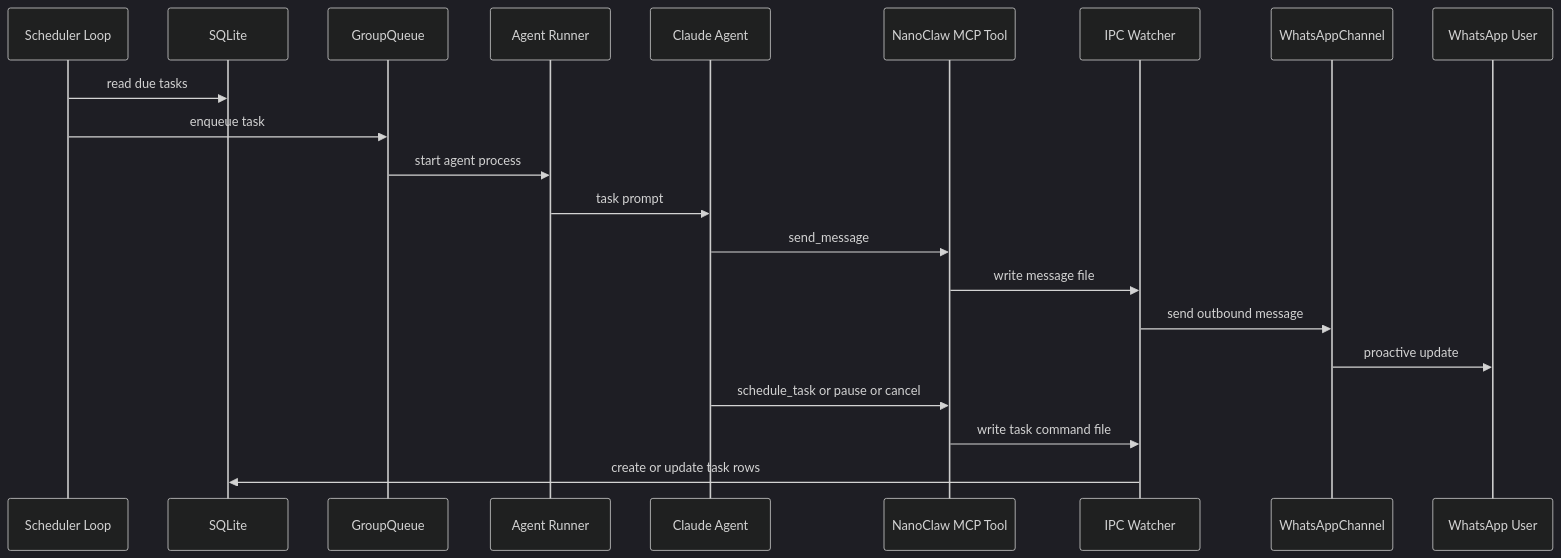
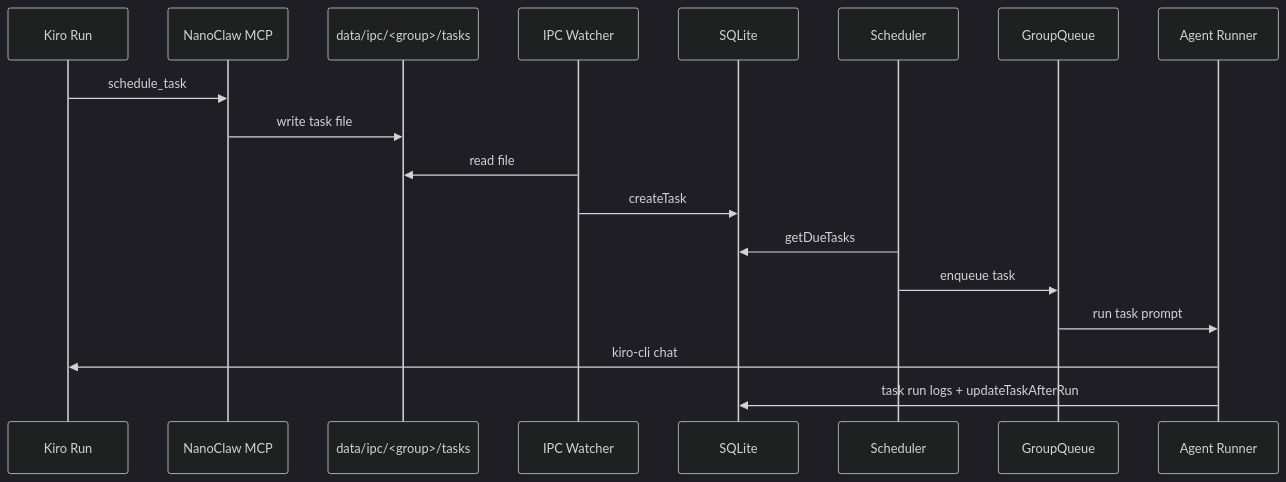
Before and after one commit to girishp1983/nanoclaw: the third of 3 diagrams in analyze_architecture/architecture.md, drawn with Mermaid (dark theme). The commit also changed other lines of this file and 14 other files, not shown here.

````diff
--- a/analyze_architecture/architecture.md
+++ b/analyze_architecture/architecture.md
@@ -166,26 +110,21 @@
 ```mermaid
 sequenceDiagram
-    participant SCH as Scheduler Loop
+    participant K as Kiro Run
+    participant MCP as NanoClaw MCP
+    participant IPC as data/ipc/<group>/tasks
+    participant W as IPC Watcher
     participant DB as SQLite
-    participant Queue as GroupQueue
-    participant Runner as Agent Runner
-    participant Agent as Claude Agent
-    participant MCP as NanoClaw MCP Tool
-    participant IPC as IPC Watcher
-    participant WA as WhatsAppChannel
-    participant User as WhatsApp User
+    participant S as Scheduler
+    participant Q as GroupQueue
+    participant R as Agent Runner
 
-    SCH->>DB: read due tasks
-    SCH->>Queue: enqueue task
-    Queue->>Runner: start agent process
-    Runner->>Agent: task prompt
-
-    Agent->>MCP: send_message
-    MCP->>IPC: write message file
-    IPC->>WA: send outbound message
-    WA->>User: proactive update
-
-    Agent->>MCP: schedule_task or pause or cancel
-    MCP->>IPC: write task command file
-    IPC->>DB: create or update task rows
+    K->>MCP: schedule_task
+    MCP->>IPC: write task file
+    W->>IPC: read file
+    W->>DB: createTask
+    S->>DB: getDueTasks
+    S->>Q: enqueue task
+    Q->>R: run task prompt
+    R->>K: kiro-cli chat
+    R->>DB: task run logs + updateTaskAfterRun
 ```
````
